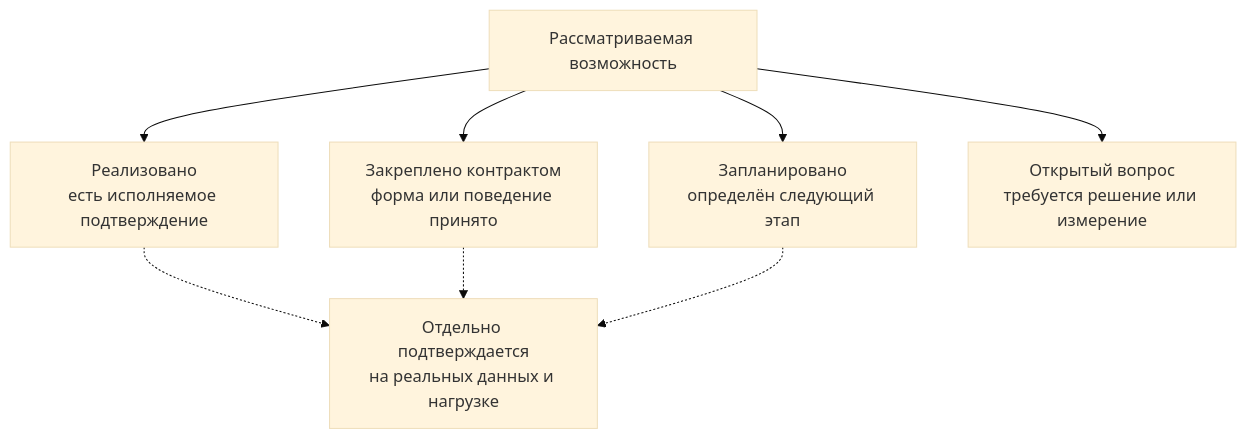
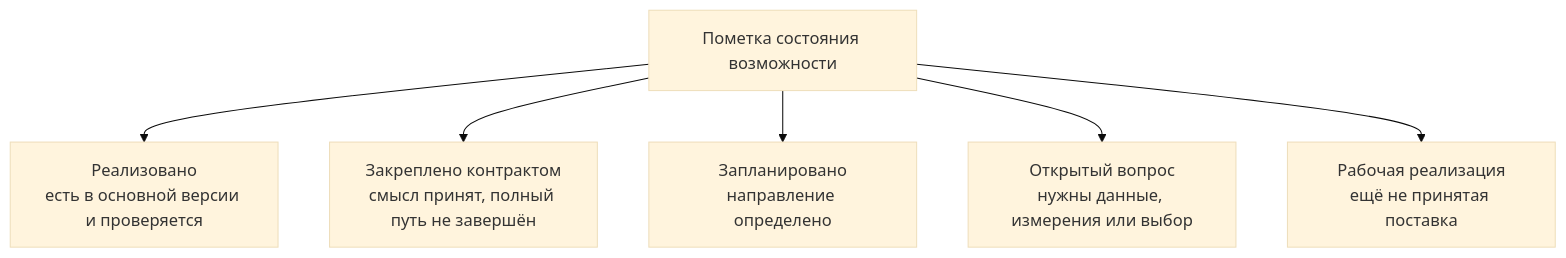
One commit to ZelAnton/Interlink-product-book changed the diagram in docs/data-structure/13-status-risks-and-acceptance.md. Above: the diagram before and after it, drawn with Mermaid (base theme). The commit also changed other lines of this file and 231 other files, not shown here.

````diff
--- a/docs/data-structure/13-status-risks-and-acceptance.md
+++ b/docs/data-structure/13-status-risks-and-acceptance.md
@@ -14,10 +17,8 @@
 ```mermaid
 flowchart TB
-    A["Рассматриваемая возможность"] --> B["Реализовано<br/>есть исполняемое подтверждение"]
-    A --> C["Закреплено контрактом<br/>форма или поведение принято"]
-    A --> D["Запланировано<br/>определён следующий этап"]
-    A --> E["Открытый вопрос<br/>требуется решение или измерение"]
-    B -.-> F["Отдельно подтверждается<br/>на реальных данных и нагрузке"]
-    C -.-> F
-    D -.-> F
+    K["Пометка состояния возможности"] --> A["Реализовано<br/>есть в основной версии и проверяется"]
+    K --> B["Закреплено контрактом<br/>смысл принят, полный путь не завершён"]
+    K --> C["Запланировано<br/>направление определено"]
+    K --> D["Открытый вопрос<br/>нужны данные, измерения или выбор"]
+    K --> E["Рабочая реализация<br/>ещё не принятая поставка"]
 ```
````
